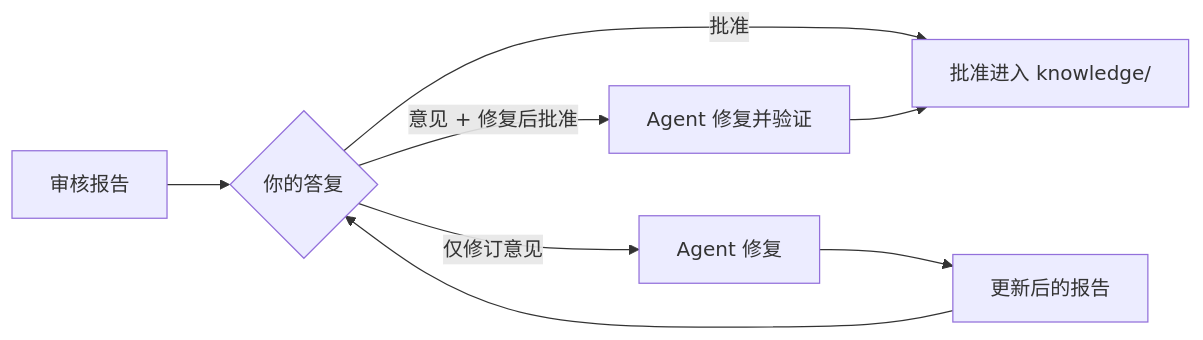
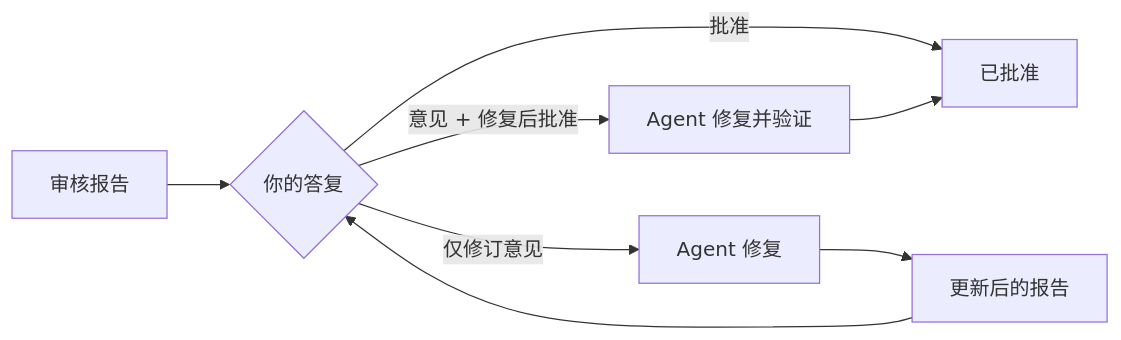
One commit to context4ai/portal changed the diagram in translations/zh-CN/sop/review-and-revision/reading-review-reports.md. Above: the diagram before and after it, drawn with Mermaid. The commit also changed other lines of this file and 129 other files, not shown here.

````diff
--- a/translations/zh-CN/sop/review-and-revision/reading-review-reports.md
+++ b/translations/zh-CN/sop/review-and-revision/reading-review-reports.md
@@ -43,10 +43,10 @@
 ```mermaid
 flowchart LR
   rep["审核报告"] --> a{"你的答复"}
-  a -->|批准| ok["批准进入 knowledge/"]
+  a -->|批准| ok["已批准"]
   a -->|仅修订意见| fix["Agent 修复"]
   fix --> rep2["更新后的报告"]
   rep2 --> a
   a -->|意见 + 修复后批准| fix2["Agent 修复并验证"]
   fix2 --> ok
 ```
````
